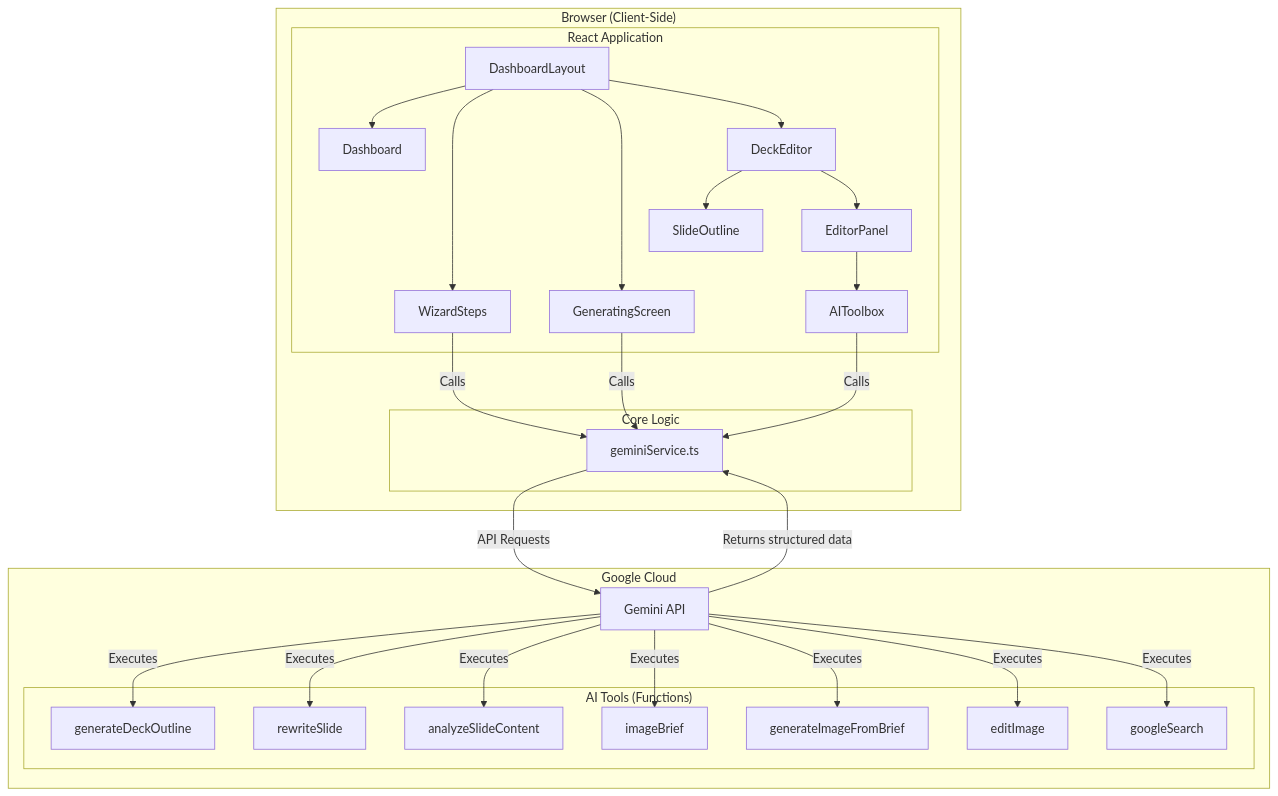
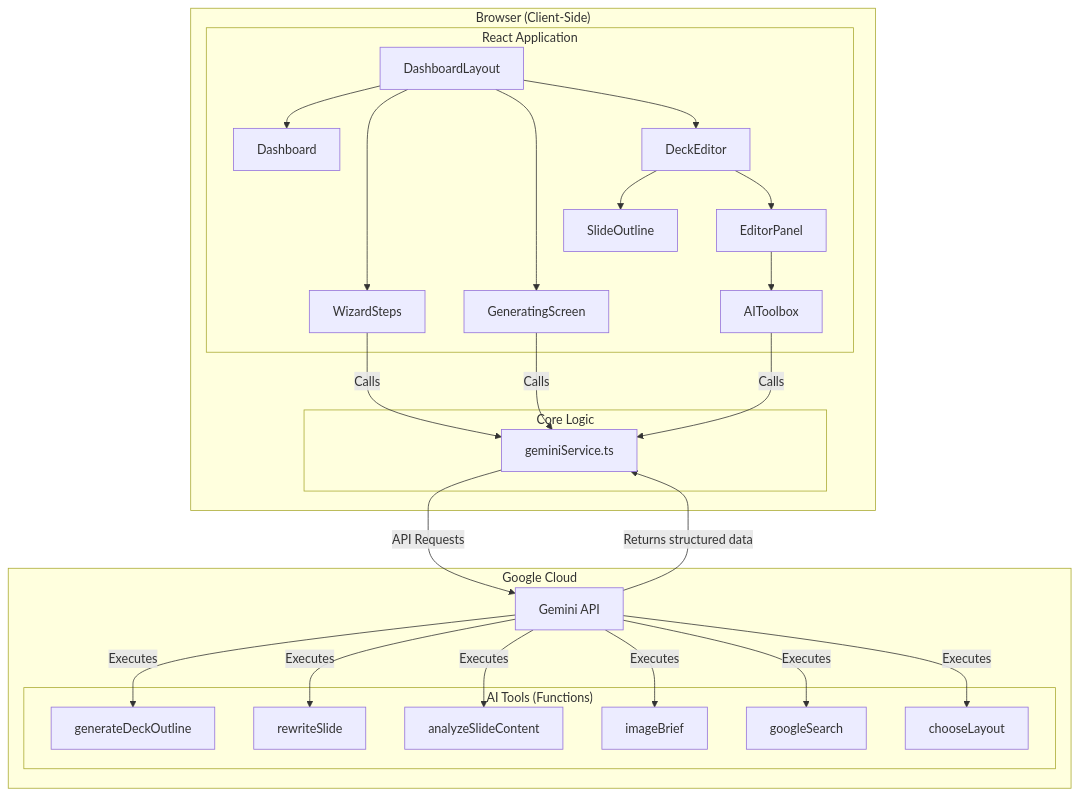
One commit to amo-tech-ai/sun100 changed the ninth of 10 diagrams in docs/11-ai-workflows-and-diagrams.md. Above: the diagram before and after it, drawn with Mermaid. The commit also changed other lines of this file and 10 other files, not shown here.

````diff
--- a/docs/11-ai-workflows-and-diagrams.md
+++ b/docs/11-ai-workflows-and-diagrams.md
@@ -214,46 +174,44 @@
 ```mermaid
 graph TD
     subgraph "Browser (Client-Side)"
         subgraph "React Application"
             A[DashboardLayout] --> B[Dashboard];
             A --> C[WizardSteps];
             A --> D[GeneratingScreen];
             A --> E[DeckEditor];
             E --> F[SlideOutline];
             E --> G[EditorPanel];
             G --> H[AIToolbox];
         end
 
         subgraph "Core Logic"
             I[geminiService.ts]
         end
 
         C -- Calls --> I;
         D -- Calls --> I;
         H -- Calls --> I;
     end
 
     subgraph "Google Cloud"
         J[Gemini API]
         subgraph "AI Tools (Functions)"
             K[generateDeckOutline]
             L[rewriteSlide]
             M[analyzeSlideContent]
             N[imageBrief]
-            O[generateImageFromBrief]
-            P[editImage]
-            Q[googleSearch]
+            O[googleSearch]
+            P[chooseLayout]
         end
     end
 
     I -- API Requests --> J;
     J -- Executes --> K;
     J -- Executes --> L;
     J -- Executes --> M;
     J -- Executes --> N;
     J -- Executes --> O;
     J -- Executes --> P;
-    J -- Executes --> Q;
 
     J -- Returns structured data --> I;
 ```
````
